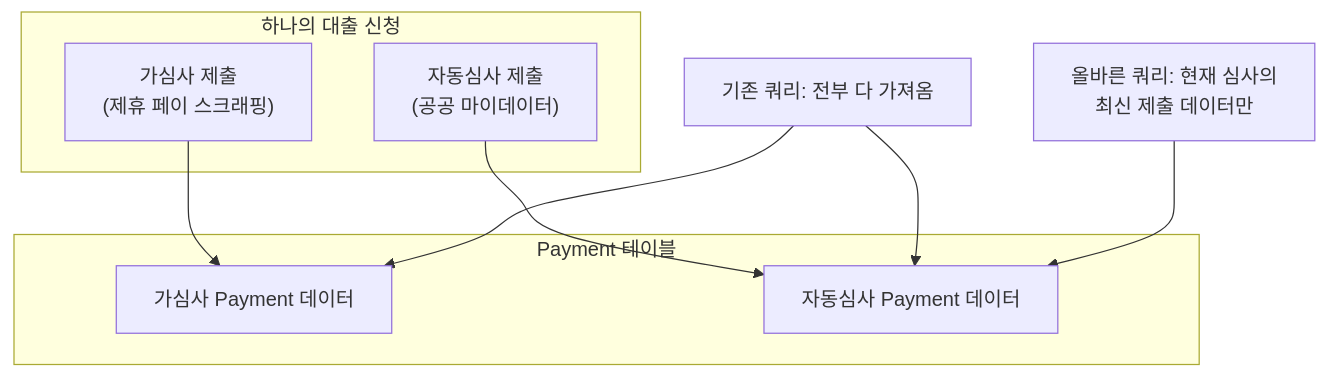
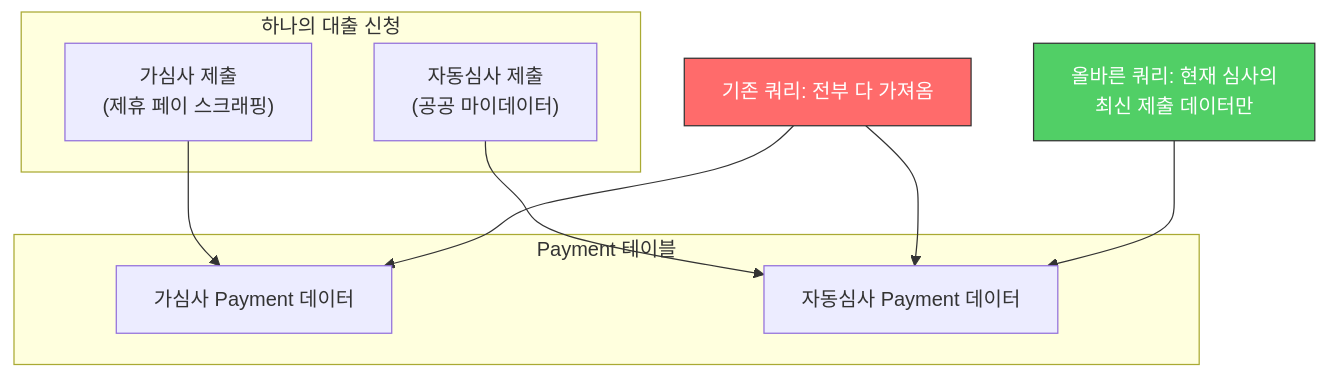
The second of 3 diagrams in _posts/2025-11-21-python-dict-변환의-함정-금융-데이터-집계-버그.md (Gyubster/til), drawn with Mermaid before and after one commit. The commit also changed other lines of this file and 11 other files, not shown here.

````diff
--- a/_posts/2025-11-21-python-dict-변환의-함정-금융-데이터-집계-버그.md
+++ b/_posts/2025-11-21-python-dict-변환의-함정-금융-데이터-집계-버그.md
@@ -74,17 +75,19 @@
 ```mermaid
 flowchart TD
     subgraph da["하나의 대출 신청"]
         A["가심사 제출<br>(제휴 페이 스크래핑)"]
         B["자동심사 제출<br>(공공 마이데이터)"]
     end
     subgraph payments["Payment 테이블"]
         C["가심사 Payment 데이터"]
         D["자동심사 Payment 데이터"]
     end
     A --> C
     B --> D
     
     E["기존 쿼리: 전부 다 가져옴"] --> C
     E --> D
     F["올바른 쿼리: 현재 심사의<br>최신 제출 데이터만"] --> D
+    style E fill:#ff6b6b,stroke:#333,color:#fff
+    style F fill:#51cf66,stroke:#333,color:#fff
 ```
````
